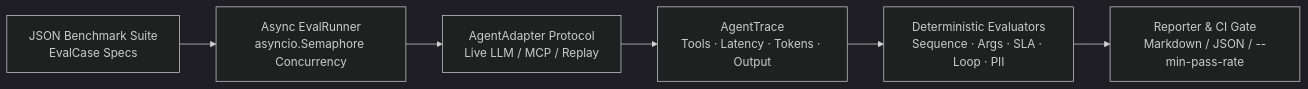
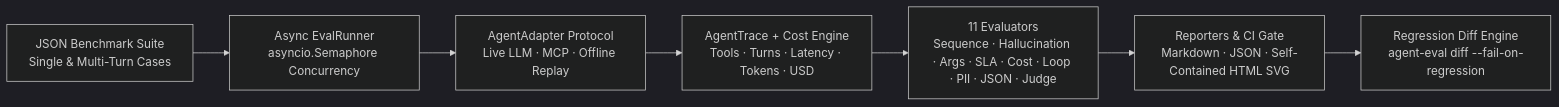
The diagram in README.md (Bugraciftci/agent-eval-harness), drawn with Mermaid (dark theme) before and after one commit. The commit also changed other lines of this file and 12 other files, not shown here.

Commit message:
v2.0: Add LLM cost pricing, regression diff engine, HTML SVG dashboard, multi-turn & 11 evaluators

````diff
--- a/README.md
+++ b/README.md
@@ -12,8 +16,9 @@
 ```mermaid
 flowchart LR
-    S[JSON Benchmark Suite<br/>EvalCase Specs] --> R[Async EvalRunner<br/>asyncio.Semaphore Concurrency]
-    R --> A[AgentAdapter Protocol<br/>Live LLM / MCP / Replay]
-    A --> T[AgentTrace<br/>Tools · Latency · Tokens · Output]
-    T --> E[Deterministic Evaluators<br/>Sequence · Args · SLA · Loop · PII]
-    E --> REP[Reporter & CI Gate<br/>Markdown / JSON / --min-pass-rate]
+    S["JSON Benchmark Suite<br/>Single & Multi-Turn Cases"] --> R["Async EvalRunner<br/>asyncio.Semaphore Concurrency"]
+    R --> A["AgentAdapter Protocol<br/>Live LLM · MCP · Offline Replay"]
+    A --> T["AgentTrace + Cost Engine<br/>Tools · Turns · Latency · Tokens · USD"]
+    T --> E["11 Evaluators<br/>Sequence · Hallucination · Args · SLA · Cost · Loop · PII · JSON · Judge"]
+    E --> REP["Reporters & CI Gate<br/>Markdown · JSON · Self-Contained HTML SVG"]
+    REP --> DIFF["Regression Diff Engine<br/>agent-eval diff --fail-on-regression"]
 ```
````
